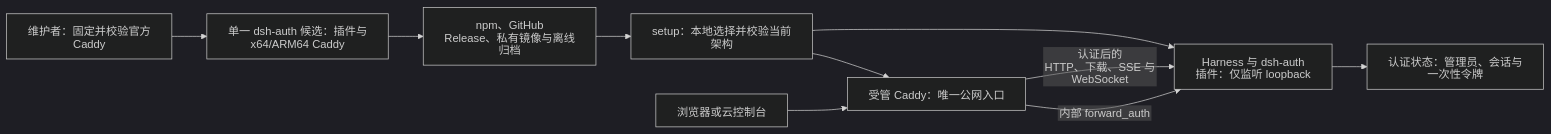
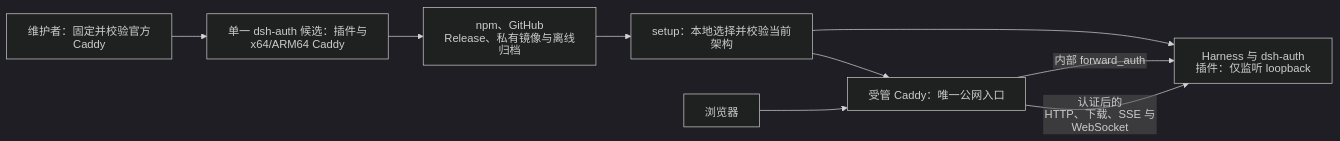
One commit to hxy91819/dsh-auth changed the first of 2 diagrams in docs/one-time-token-login/epics/EPIC-ONE-TIME-TOKEN-LOGIN.md. Above: the diagram before and after it, drawn with Mermaid (dark theme). The commit also changed other lines of this file and 19 other files, not shown here.

````diff
--- a/docs/one-time-token-login/epics/EPIC-ONE-TIME-TOKEN-LOGIN.md
+++ b/docs/one-time-token-login/epics/EPIC-ONE-TIME-TOKEN-LOGIN.md
@@ -23,13 +25,12 @@
 ```mermaid
 %%{init: {"securityLevel": "strict", "htmlLabels": false}}%%
 flowchart LR
     M["维护者：固定并校验官方 Caddy"] --> R["单一 dsh-auth 候选：插件与 x64/ARM64 Caddy"]
     R --> D["npm、GitHub Release、私有镜像与离线归档"]
     D --> I["setup：本地选择并校验当前架构"]
-    B["浏览器或云控制台"] --> C["受管 Caddy：唯一公网入口"]
     I --> C
     I --> H["Harness 与 dsh-auth 插件：仅监听 loopback"]
+    B["浏览器"] --> C["受管 Caddy：唯一公网入口"]
     C -->|"内部 forward_auth"| H
     C -->|"认证后的 HTTP、下载、SSE 与 WebSocket"| H
-    H --> S["认证状态：管理员、会话与一次性令牌"]
 ```
````
